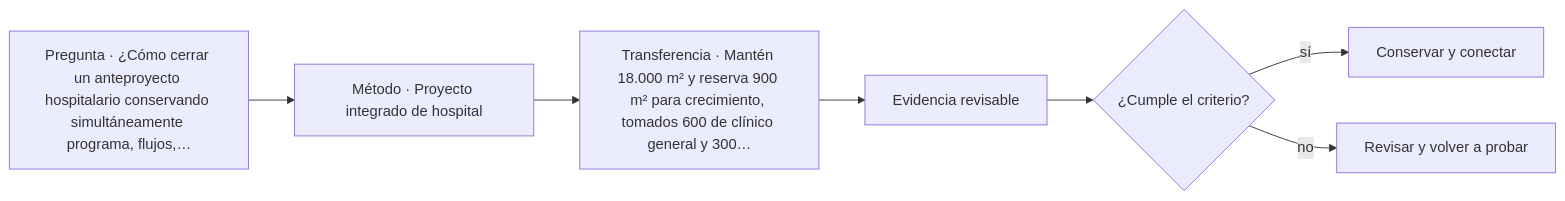
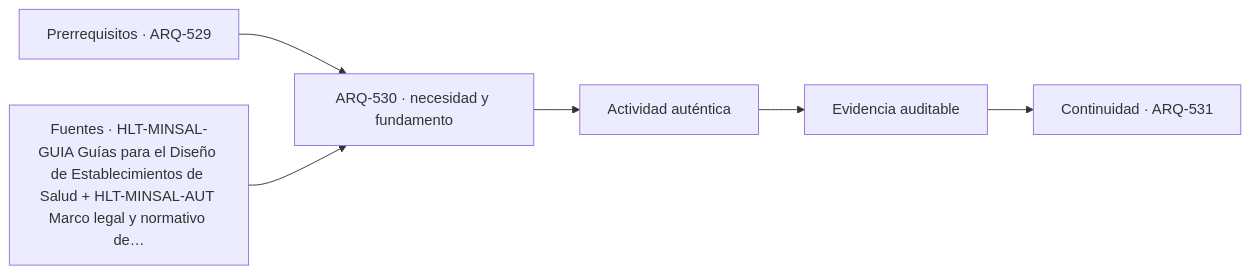
Before and after one commit to vladimiracunadev-create/architecture-built-environment-learning-program: the diagram in classes/parte-53/ARQ-530.md, drawn with Mermaid. The commit also changed other lines of this file and 761 other files, not shown here.

````diff
--- a/classes/parte-53/ARQ-530.md
+++ b/classes/parte-53/ARQ-530.md
@@ -91,9 +103,8 @@
 ```mermaid
 flowchart LR
-    Q["Pregunta · ¿Cómo cerrar un anteproyecto hospitalario conservando simultáneamente programa, flujos,…"] --> M["Método · Proyecto integrado de hospital"]
-    M --> P["Transferencia · Mantén 18.000 m² y reserva 900 m² para crecimiento, tomados 600 de clínico general y 300…"]
-    P --> E["Evidencia revisable"]
-    E --> C{"¿Cumple el criterio?"}
-    C -->|sí| T["Conservar y conectar"]
-    C -->|no| R["Revisar y volver a probar"]
+    A["Prerrequisitos · ARQ-529"] --> B["ARQ-530 · necesidad y fundamento"]
+    S["Fuentes · HLT-MINSAL-GUIA Guías para el Diseño de Establecimientos de Salud + HLT-MINSAL-AUT Marco legal y normativo de…"] --> B
+    B --> C["Actividad auténtica"]
+    C --> D["Evidencia auditable"]
+    D --> E["Continuidad · ARQ-531"]
 ```
````
